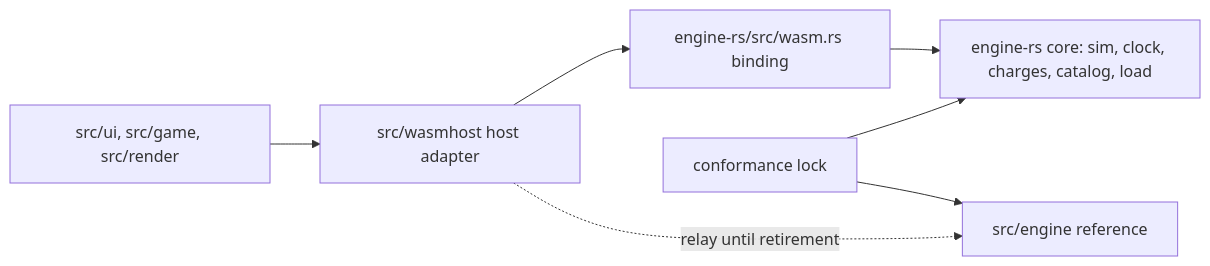
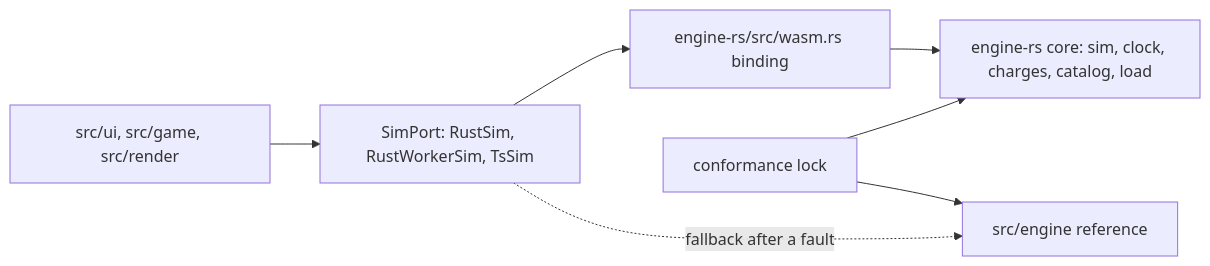
Before and after one commit to maniator/verticopolis: the diagram in _bmad-output/planning-artifacts/architecture/architecture-rust-wasm-cutover-2026-10-13/ARCHITECTURE-SPINE.md, drawn with Mermaid. The commit also changed other lines of this file and 4 other files, not shown here.

````diff
--- a/_bmad-output/planning-artifacts/architecture/architecture-rust-wasm-cutover-2026-10-13/ARCHITECTURE-SPINE.md
+++ b/_bmad-output/planning-artifacts/architecture/architecture-rust-wasm-cutover-2026-10-13/ARCHITECTURE-SPINE.md
@@ -32,9 +35,9 @@
 ```mermaid
 flowchart LR
-  UI[src/ui, src/game, src/render] --> Host[src/wasmhost host adapter]
-  Host --> Bind[engine-rs/src/wasm.rs binding]
+  UI[src/ui, src/game, src/render] --> Port[SimPort: RustSim, RustWorkerSim, TsSim]
+  Port --> Bind[engine-rs/src/wasm.rs binding]
   Bind --> Core[engine-rs core: sim, clock, charges, catalog, load]
-  Host -. relay until retirement .-> TS[src/engine reference]
+  Port -. fallback after a fault .-> TS[src/engine reference]
   Lock[conformance lock] --> Core
   Lock --> TS
 ```
````
